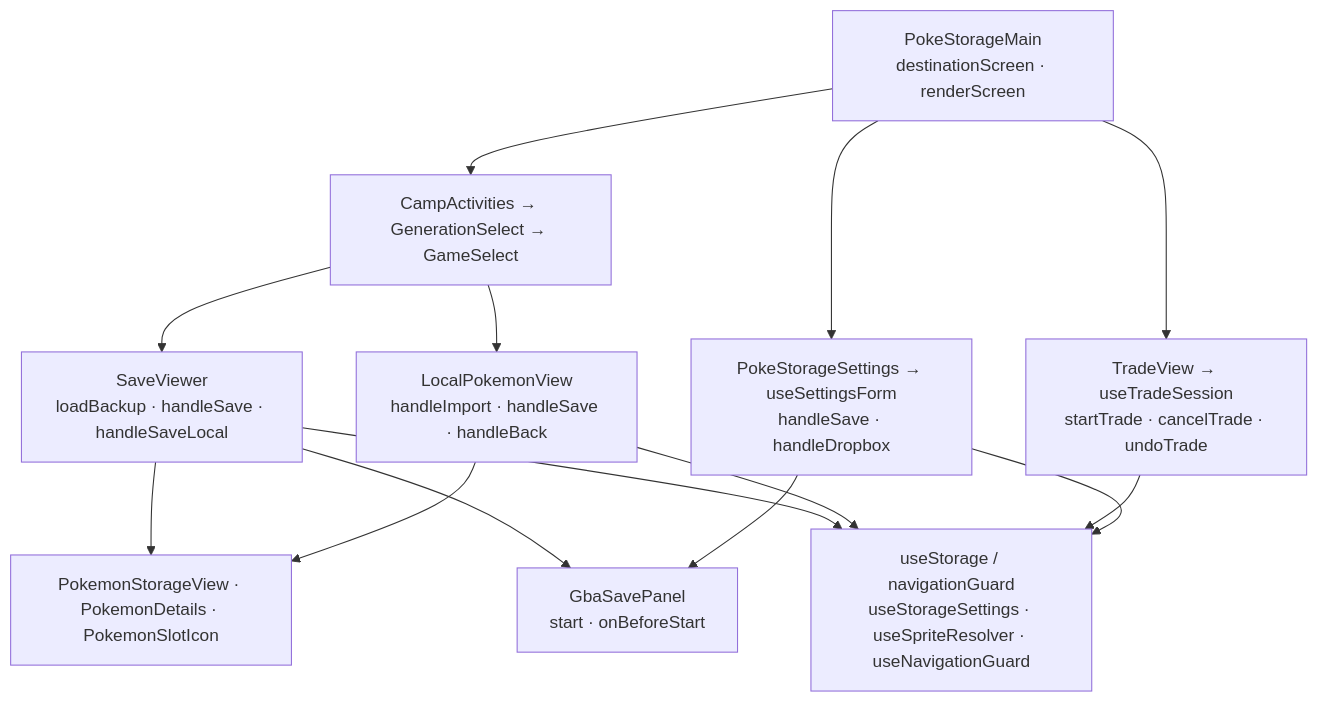
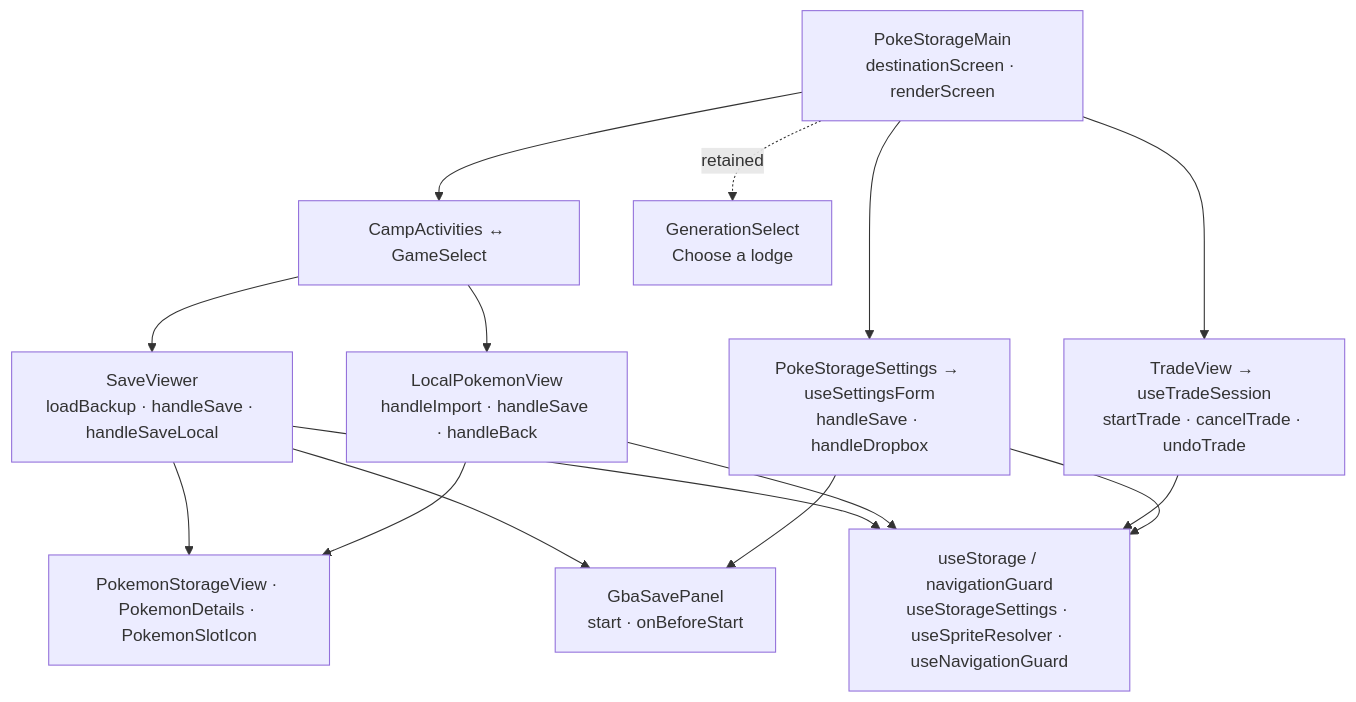
The diagram in src/pages/pokestorage/ARCHITECTURE.md (MercuryEnigma/pkcamp), drawn with Mermaid before and after one commit. The commit also changed other lines of this file and 44 other files, not shown here.

````diff
--- a/src/pages/pokestorage/ARCHITECTURE.md
+++ b/src/pages/pokestorage/ARCHITECTURE.md
@@ -18,11 +20,12 @@
 ```mermaid
 flowchart TB
-  Main["PokeStorageMain<br/>destinationScreen · renderScreen"] --> Menu["CampActivities → GenerationSelect → GameSelect"]
+  Main["PokeStorageMain<br/>destinationScreen · renderScreen"] --> Menu["CampActivities ↔ GameSelect"]
+  Main -. retained .-> Chooser["GenerationSelect<br/>Choose a lodge"]
   Menu --> Save["SaveViewer<br/>loadBackup · handleSave · handleSaveLocal"]
   Menu --> Camp["LocalPokemonView<br/>handleImport · handleSave · handleBack"]
   Main --> Trade["TradeView → useTradeSession<br/>startTrade · cancelTrade · undoTrade"]
   Main --> Settings["PokeStorageSettings → useSettingsForm<br/>handleSave · handleDropbox"]
   Save & Camp --> Grid["PokemonStorageView · PokemonDetails · PokemonSlotIcon"]
   Save & Settings --> GBA["GbaSavePanel<br/>start · onBeforeStart"]
   Save & Camp & Trade & Settings --> Shared["useStorage / navigationGuard<br/>useStorageSettings · useSpriteResolver · useNavigationGuard"]
 ```
````
